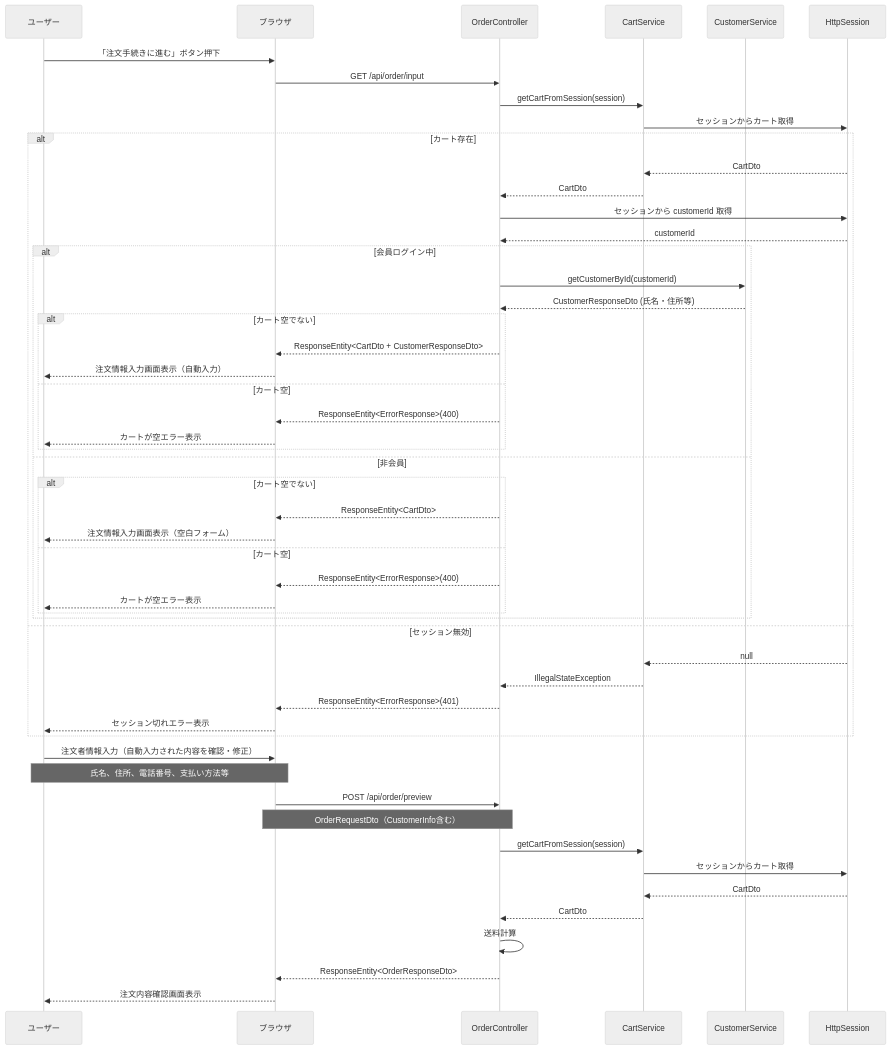
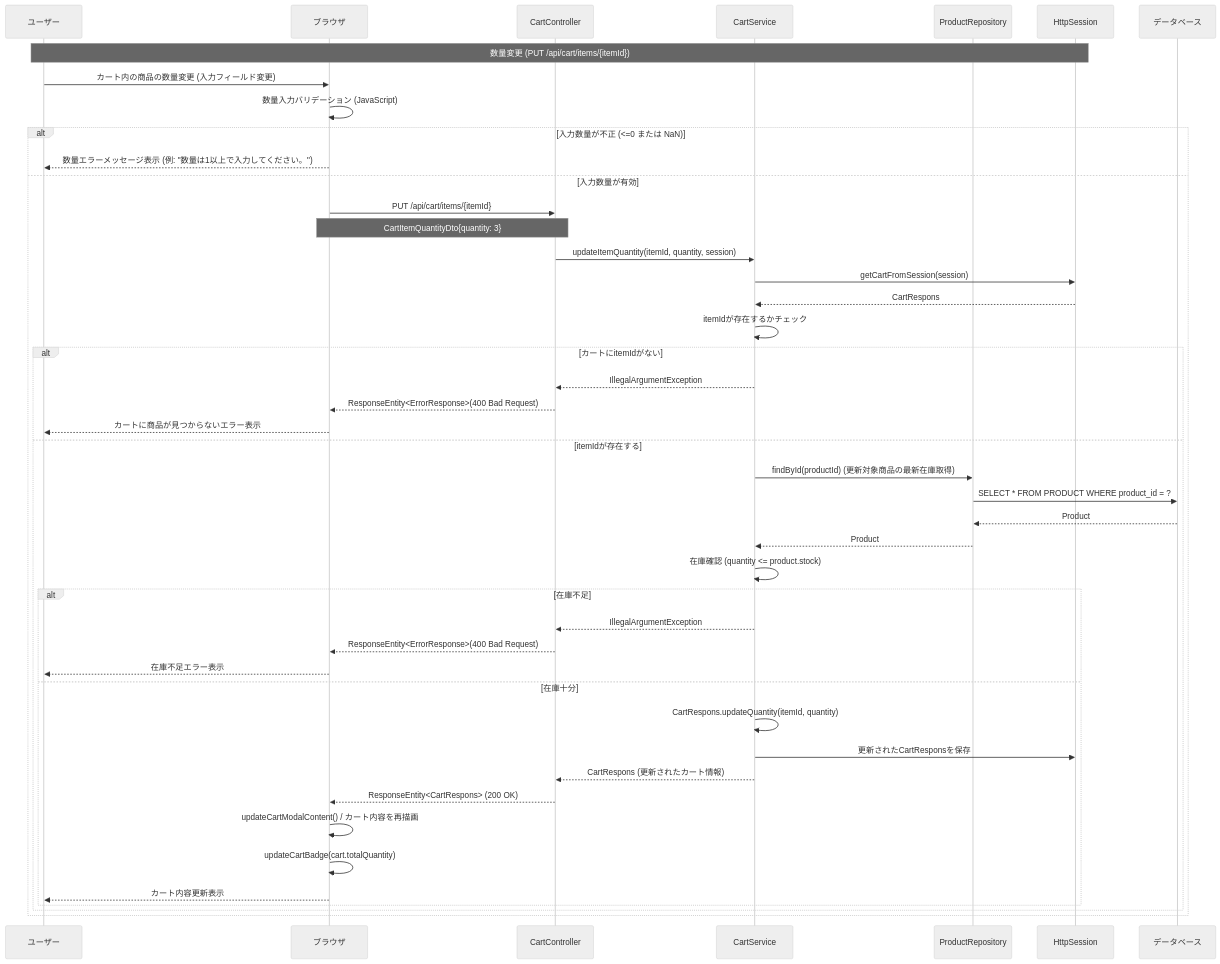
The eighth of 22 diagrams in 詳細設計/詳細設計書_v3.md (shogomaeda758/Bacon), drawn with Mermaid (neutral theme) before and after one commit. The commit also changed other lines of this file, not shown here.

Commit message:
シーケンス図変更＿詳細設計書

````diff
--- a/詳細設計/詳細設計書_v3.md
+++ b/詳細設計/詳細設計書_v3.md
@@ -365,60 +363,48 @@
 ```mermaid
 sequenceDiagram
     participant U as ユーザー
     participant B as ブラウザ
-    participant OC as OrderController
+    participant CC as CartController
     participant CS as CartService
-    participant CuS as CustomerService
+    participant PR as ProductRepository
     participant S as HttpSession
+    participant DB as データベース
 
-    U->>B: 「注文手続きに進む」ボタン押下
-    B->>OC: GET /api/order/input
-    OC->>CS: getCartFromSession(session)
-    CS->>S: セッションからカート取得
-
-    alt カート存在
-        S-->>CS: CartDto
-        CS-->>OC: CartDto
-
-        OC->>S: セッションから customerId 取得
-        S-->>OC: customerId
-
-        alt 会員ログイン中
-            OC->>CuS: getCustomerById(customerId)
-            CuS-->>OC: CustomerResponseDto (氏名・住所等)
-            
-            alt カート空でない
-                OC-->>B: ResponseEntity<CartDto + CustomerResponseDto>
-                B-->>U: 注文情報入力画面表示（自動入力）
-            else カート空
-                OC-->>B: ResponseEntity<ErrorResponse>(400)
-                B-->>U: カートが空エラー表示
-            end
-        else 非会員
-            alt カート空でない
-                OC-->>B: ResponseEntity<CartDto>
-                B-->>U: 注文情報入力画面表示（空白フォーム）
-            else カート空
-                OC-->>B: ResponseEntity<ErrorResponse>(400)
-                B-->>U: カートが空エラー表示
+    Note over U,S: 数量変更 (PUT /api/cart/items/{itemId})
+    U->>B: カート内の商品の数量変更 (入力フィールド変更)
+    B->>B: 数量入力バリデーション (JavaScript)
+    alt 入力数量が不正 (<=0 または NaN)
+        B-->>U: 数量エラーメッセージ表示 (例: "数量は1以上で入力してください。")
+    else 入力数量が有効
+        B->>CC: PUT /api/cart/items/{itemId}
+        Note over B,CC: CartItemQuantityDto{quantity: 3}
+        CC->>CS: updateItemQuantity(itemId, quantity, session)
+        CS->>S: getCartFromSession(session)
+        S-->>CS: CartRespons
+        CS->>CS: itemIdが存在するかチェック
+        alt カートにitemIdがない
+            CS-->>CC: IllegalArgumentException
+            CC-->>B: ResponseEntity<ErrorResponse>(400 Bad Request)
+            B-->>U: カートに商品が見つからないエラー表示
+        else itemIdが存在する
+            CS->>PR: findById(productId) (更新対象商品の最新在庫取得)
+            PR->>DB: SELECT * FROM PRODUCT WHERE product_id = ?
+            DB-->>PR: Product
+            PR-->>CS: Product
+            CS->>CS: 在庫確認 (quantity <= product.stock)
+            alt 在庫不足
+                CS-->>CC: IllegalArgumentException
+                CC-->>B: ResponseEntity<ErrorResponse>(400 Bad Request)
+                B-->>U: 在庫不足エラー表示
+            else 在庫十分
+                CS->>CS: CartRespons.updateQuantity(itemId, quantity)
+                CS->>S: 更新されたCartResponsを保存
+                CS-->>CC: CartRespons (更新されたカート情報)
+                CC-->>B: ResponseEntity<CartRespons> (200 OK)
+                B->>B: updateCartModalContent() / カート内容を再描画
+                B->>B: updateCartBadge(cart.totalQuantity)
+                B-->>U: カート内容更新表示
             end
         end
-    else セッション無効
-        S-->>CS: null
-        CS-->>OC: IllegalStateException
-        OC-->>B: ResponseEntity<ErrorResponse>(401)
-        B-->>U: セッション切れエラー表示
     end
-
-    U->>B: 注文者情報入力（自動入力された内容を確認・修正）
-    Note over U,B: 氏名、住所、電話番号、支払い方法等
-    B->>OC: POST /api/order/preview
-    Note over B,OC: OrderRequestDto（CustomerInfo含む）
-    OC->>CS: getCartFromSession(session)
-    CS->>S: セッションからカート取得
-    S-->>CS: CartDto
-    CS-->>OC: CartDto
-    OC->>OC: 送料計算
-    OC-->>B: ResponseEntity<OrderResponseDto>
-    B-->>U: 注文内容確認画面表示
 ```
````
